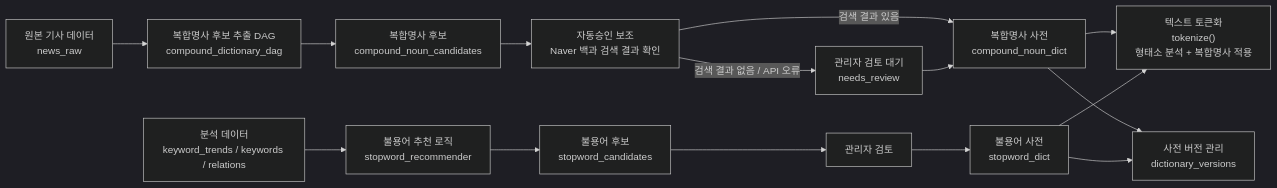
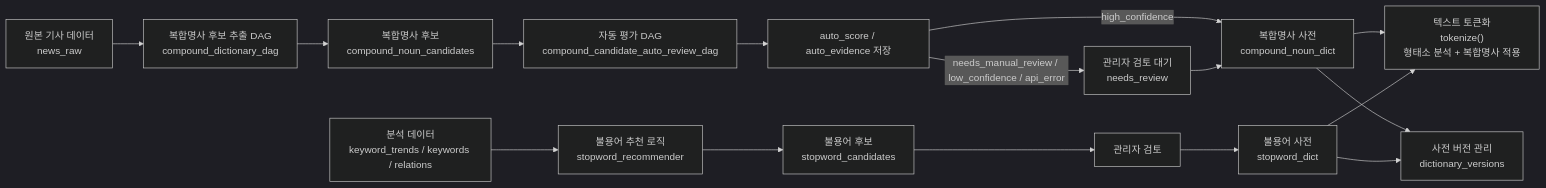
One commit to yeongmin-yu/news-trend-pipeline-dev changed the diagram in docs/design/STEP2-3_DICTIONARY.md. Above: the diagram before and after it, drawn with Mermaid (dark theme). The commit also changed other lines of this file, not shown here.

Commit message:
docs: update dictionary auto review implementation

````diff
--- a/docs/design/STEP2-3_DICTIONARY.md
+++ b/docs/design/STEP2-3_DICTIONARY.md
@@ -25,26 +26,22 @@
 ```mermaid
 flowchart LR
-    %% 기존 사전 → 전처리
     A["복합명사 사전<br/>compound_noun_dict"] --> B["텍스트 토큰화<br/>tokenize()<br/>형태소 분석 + 복합명사 적용"]
     C["불용어 사전<br/>stopword_dict"] --> B
 
-    %% 기사 기반 후보 생성
     D["원본 기사 데이터<br/>news_raw"] --> E["복합명사 후보 추출 DAG<br/>compound_dictionary_dag"]
     E --> F["복합명사 후보<br/>compound_noun_candidates"]
 
-    %% 후보 검토 → 사전 반영
-    F --> G["자동승인 보조<br/>Naver 백과 검색 결과 확인"]
-    G -->|"검색 결과 있음"| A
-    G -->|"검색 결과 없음 / API 오류"| H["관리자 검토 대기<br/>needs_review"]
-    H --> A
+    F --> G["자동 평가 DAG<br/>compound_candidate_auto_review_dag"]
+    G --> H["auto_score / auto_evidence 저장"]
+    H -->|"high_confidence"| A
+    H -->|"needs_manual_review / low_confidence / api_error"| I["관리자 검토 대기<br/>needs_review"]
+    I --> A
 
-    %% 불용어 추천 흐름
-    I["분석 데이터<br/>keyword_trends / keywords / relations"] --> J["불용어 추천 로직<br/>stopword_recommender"]
-    J --> K["불용어 후보<br/>stopword_candidates"]
-    K --> L["관리자 검토"]
-    L --> C
+    J["분석 데이터<br/>keyword_trends / keywords / relations"] --> K["불용어 추천 로직<br/>stopword_recommender"]
+    K --> L["불용어 후보<br/>stopword_candidates"]
+    L --> M["관리자 검토"]
+    M --> C
 
-    %% 사전 버전 관리
-    A --> M["사전 버전 관리<br/>dictionary_versions"]
-    C --> M
+    A --> N["사전 버전 관리<br/>dictionary_versions"]
+    C --> N
 ```
````
